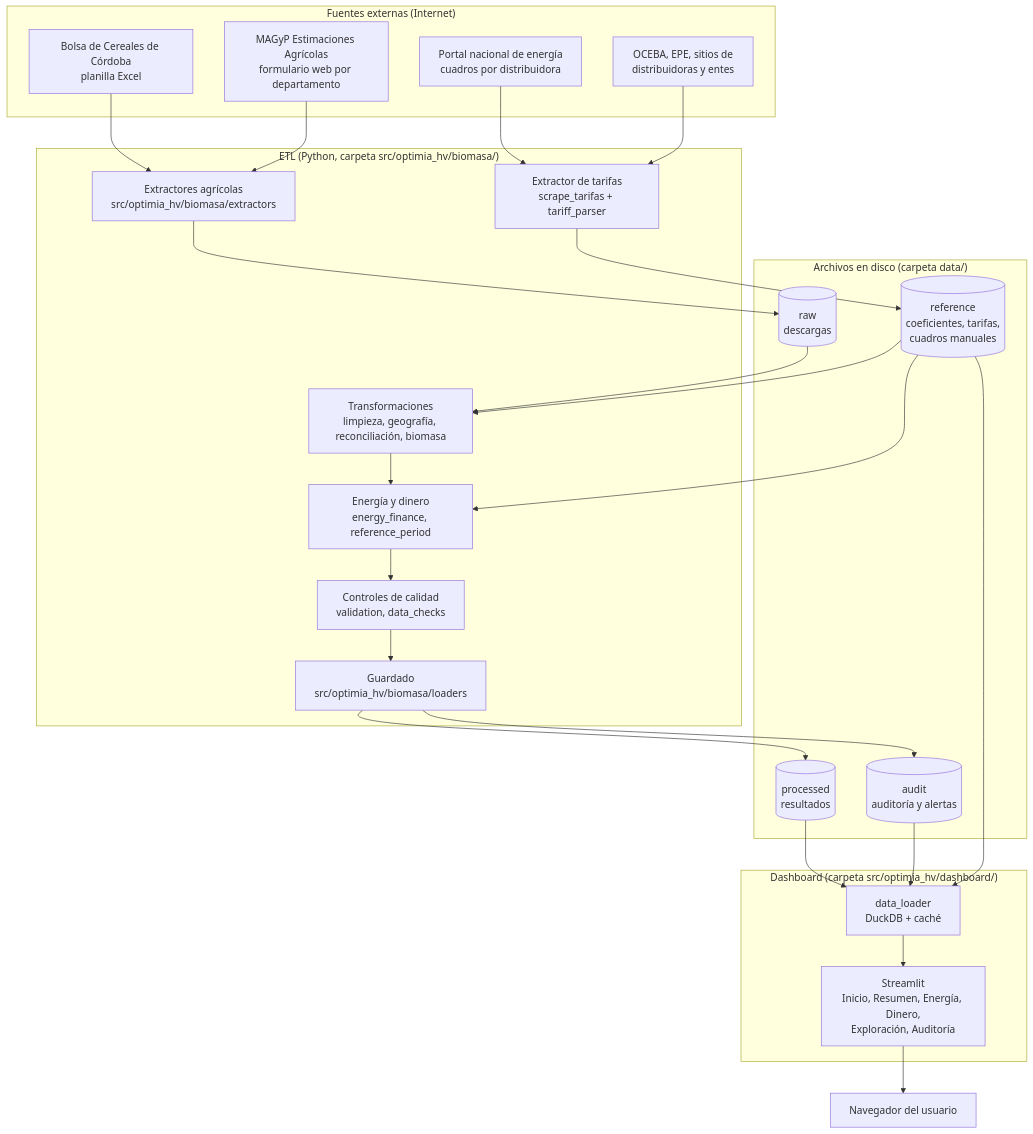
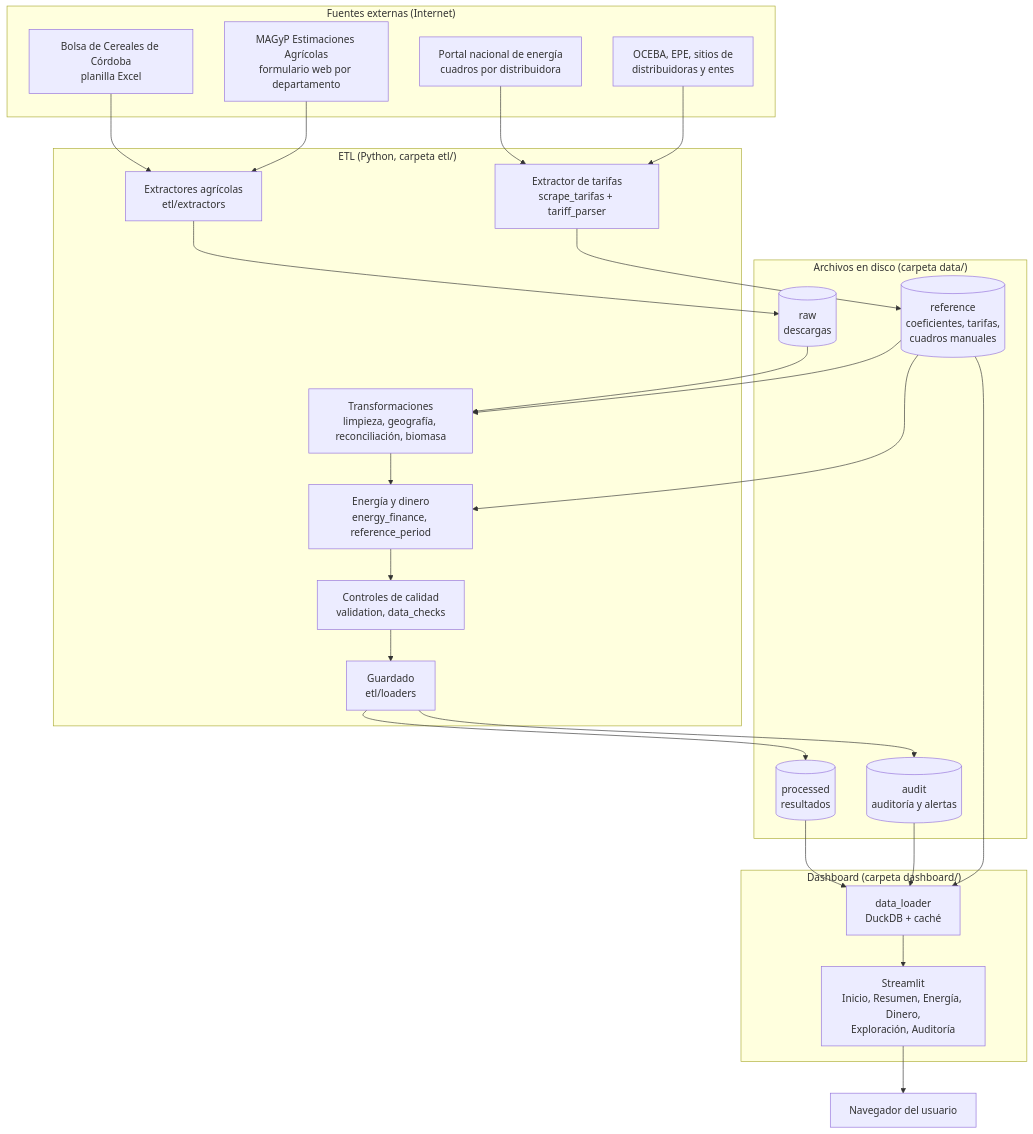
One commit to marcoeferro/SYNGAS-OPTIMIA-HV changed the diagram in docs/04_arquitectura/arquitectura.md. Above: the diagram before and after it, drawn with Mermaid. The commit also changed other lines of this file and 194 other files, not shown here.

````diff
--- a/docs/04_arquitectura/arquitectura.md
+++ b/docs/04_arquitectura/arquitectura.md
@@ -17,50 +17,50 @@
 ```mermaid
 graph TB
     subgraph Fuentes["Fuentes externas (Internet)"]
         S1[Bolsa de Cereales de Córdoba<br/>planilla Excel]
         S2[MAGyP Estimaciones Agrícolas<br/>formulario web por departamento]
         S3[Portal nacional de energía<br/>cuadros por distribuidora]
         S4[OCEBA, EPE, sitios de<br/>distribuidoras y entes]
     end
 
-    subgraph ETL["ETL (Python, carpeta src/optimia_hv/biomasa/)"]
-        E1[Extractores agrícolas<br/>src/optimia_hv/biomasa/extractors]
+    subgraph ETL["ETL (Python, carpeta etl/)"]
+        E1[Extractores agrícolas<br/>etl/extractors]
         E2[Extractor de tarifas<br/>scrape_tarifas + tariff_parser]
         T1[Transformaciones<br/>limpieza, geografía, reconciliación, biomasa]
         T2[Energía y dinero<br/>energy_finance, reference_period]
         Q[Controles de calidad<br/>validation, data_checks]
-        L1[Guardado<br/>src/optimia_hv/biomasa/loaders]
+        L1[Guardado<br/>etl/loaders]
     end
 
     subgraph Datos["Archivos en disco (carpeta data/)"]
         R1[(raw<br/>descargas)]
         R2[(reference<br/>coeficientes, tarifas,<br/>cuadros manuales)]
         R3[(processed<br/>resultados)]
         R4[(audit<br/>auditoría y alertas)]
     end
 
-    subgraph Servicio["Dashboard (carpeta src/optimia_hv/dashboard/)"]
+    subgraph Servicio["Dashboard (carpeta dashboard/)"]
         D1[data_loader<br/>DuckDB + caché]
         D2[Streamlit<br/>Inicio, Resumen, Energía, Dinero,<br/>Exploración, Auditoría]
     end
 
     S1 --> E1
     S2 --> E1
     S3 --> E2
     S4 --> E2
     E1 --> R1
     E2 --> R2
     R1 --> T1
     R2 --> T1
     T1 --> T2
     R2 --> T2
     T2 --> Q
     Q --> L1
     L1 --> R3
     L1 --> R4
     R3 --> D1
     R4 --> D1
     R2 --> D1
     D1 --> D2
     D2 --> U[Navegador del usuario]
 ```
````
